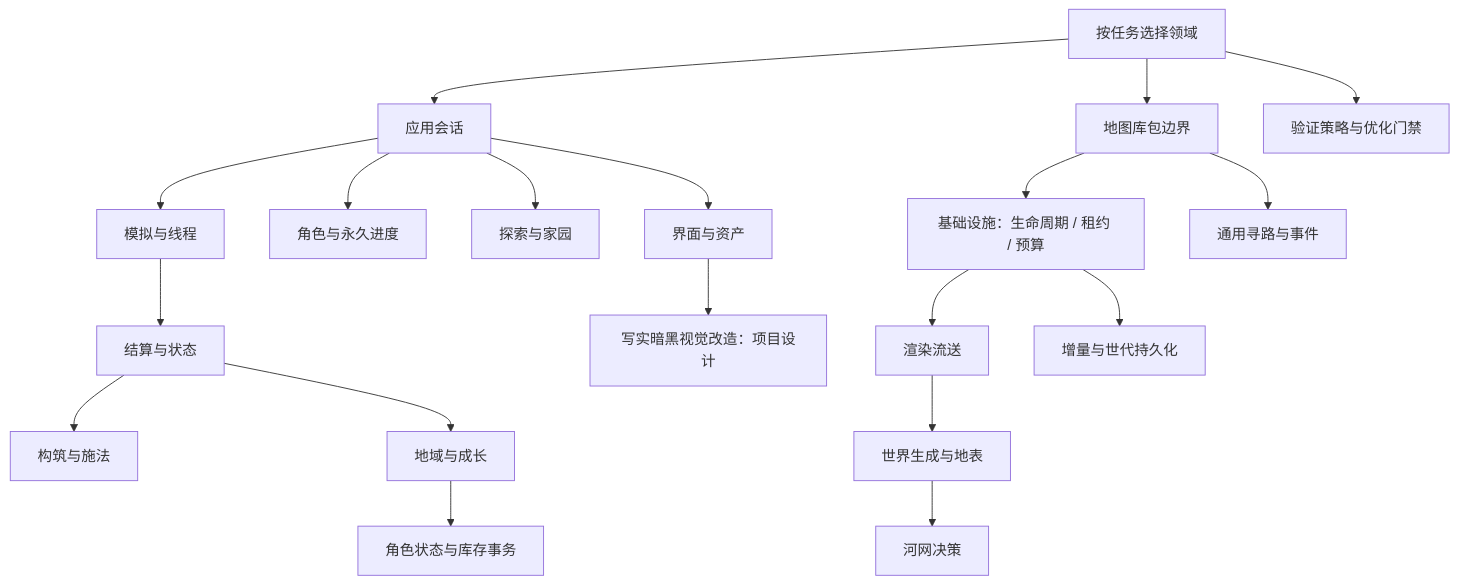
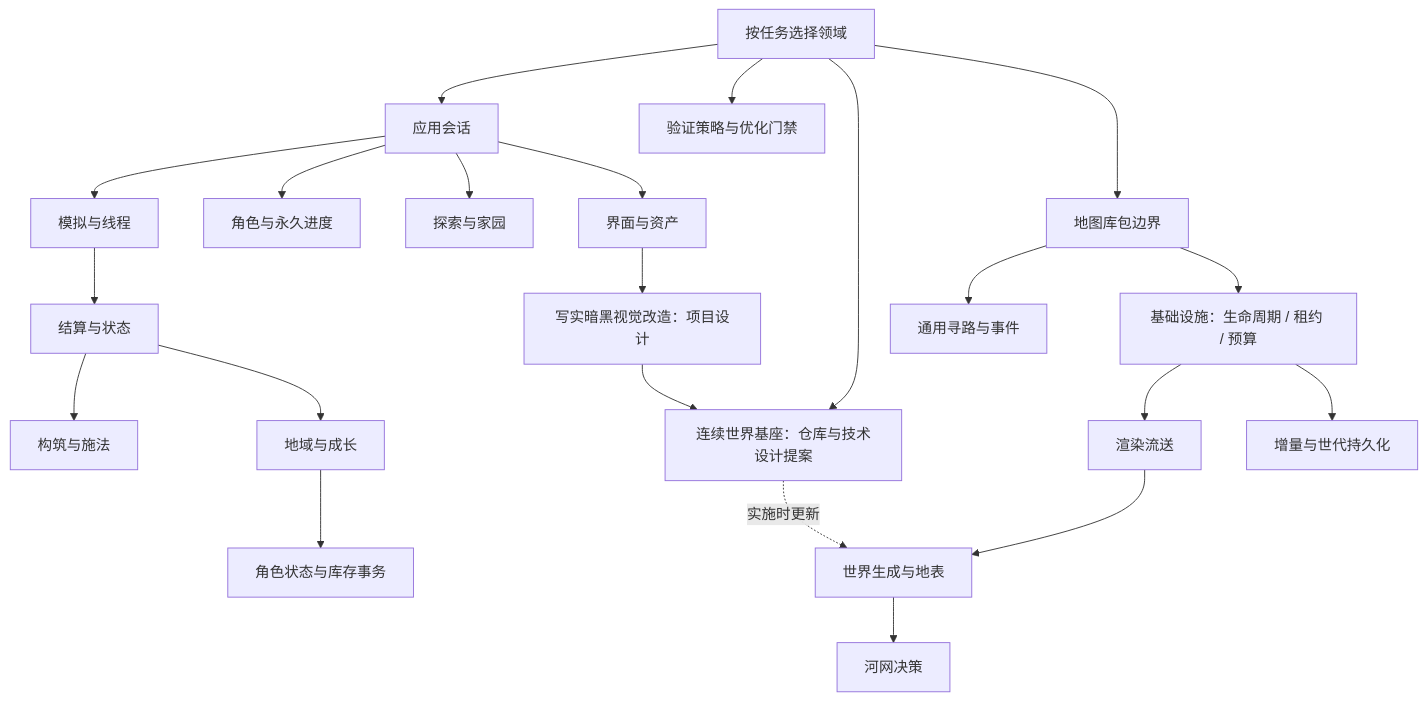
One commit to lanyik/lanyik changed the diagram in docs/README.md. Above: the diagram before and after it, drawn with Mermaid. The commit also changed other lines of this file and 5 other files, not shown here.

````diff
--- a/docs/README.md
+++ b/docs/README.md
@@ -16,21 +18,24 @@
 ```mermaid
 flowchart TB
     index[按任务选择领域] --> app[应用会话]
     app --> sim[模拟与线程]
     sim --> combat[结算与状态]
     combat --> skills[构筑与施法]
     combat --> growth[地域与成长]
     growth --> items[角色状态与库存事务]
     app --> saves[角色与永久进度]
     app --> explore[探索与家园]
     app --> view[界面与资产]
     view --> visual[写实暗黑视觉改造：项目设计]
+    visual --> nextworld[连续世界基座：仓库与技术设计提案]
+    index --> nextworld
+    nextworld -.实施时更新.-> world
     index --> pkg[地图库包边界]
     pkg --> infra[基础设施：生命周期 / 租约 / 预算]
     infra --> stream[渲染流送]
     stream --> world[世界生成与地表]
     world --> water[河网决策]
     infra --> persistence[增量与世代持久化]
     pkg --> path[通用寻路与事件]
     index --> checks[验证策略与优化门禁]
 ```
````
